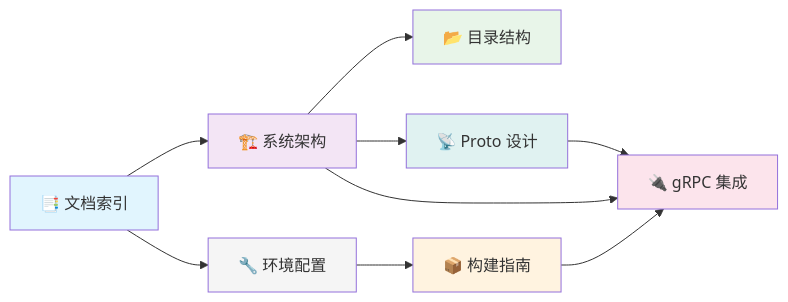
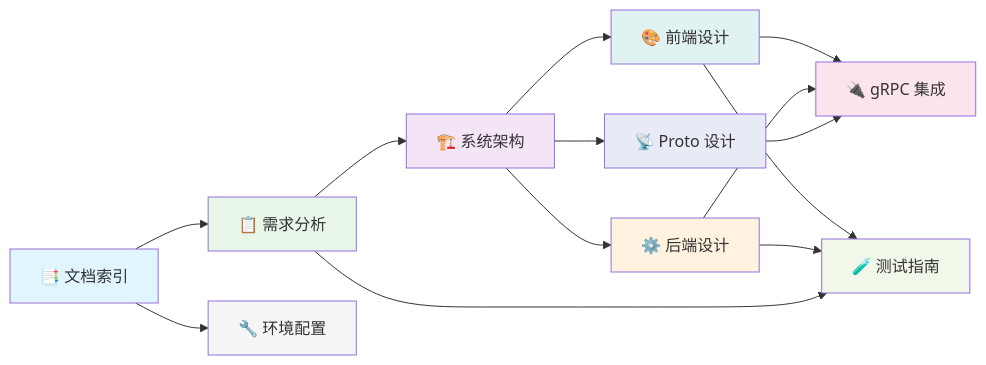
One commit to AkingDsq/AutoWeChat changed the diagram in docs/index.md. Above: the diagram before and after it, drawn with Mermaid. The commit also changed other lines of this file and 20 other files, not shown here.

````diff
--- a/docs/index.md
+++ b/docs/index.md
@@ -38,19 +40,25 @@
 ```mermaid
 graph LR
-    INDEX["📑 文档索引"] --> ARCH["🏗️ 系统架构"]
-    ARCH --> DIR["📂 目录结构"]
+    INDEX["📑 文档索引"] --> REQ["📋 需求分析"]
+    INDEX --> ENV["🔧 环境配置"]
+    REQ --> ARCH["🏗️ 系统架构"]
+    ARCH --> FE["🎨 前端设计"]
+    ARCH --> BE["⚙️ 后端设计"]
     ARCH --> PROTO["📡 Proto 设计"]
-    ARCH --> GRPC["🔌 gRPC 集成"]
-    INDEX --> ENV["🔧 环境配置"]
-    ENV --> BUILD["📦 构建指南"]
-    BUILD --> GRPC
+    FE --> GRPC["🔌 gRPC 集成"]
+    BE --> GRPC
     PROTO --> GRPC
+    FE --> TEST["🧪 测试指南"]
+    BE --> TEST
+    REQ --> TEST
 
     style INDEX fill:#e1f5fe
+    style REQ fill:#e8f5e9
     style ARCH fill:#f3e5f5
-    style DIR fill:#e8f5e9
+    style FE fill:#e0f2f1
+    style BE fill:#fff3e0
+    style PROTO fill:#e8eaf6
+    style GRPC fill:#fce4ec
     style ENV fill:#f5f5f5
-    style BUILD fill:#fff3e0
-    style PROTO fill:#e0f2f1
-    style GRPC fill:#fce4ec
+    style TEST fill:#f1f8e9
 ```
````
